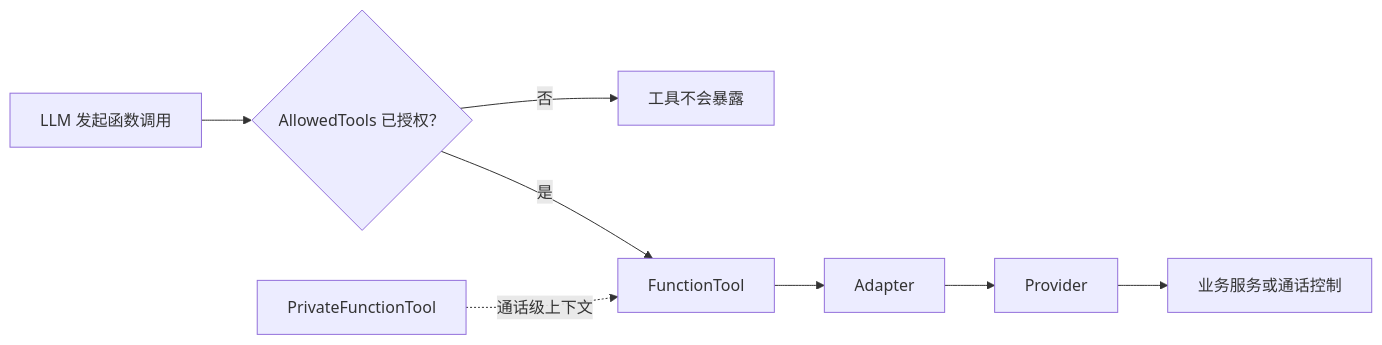
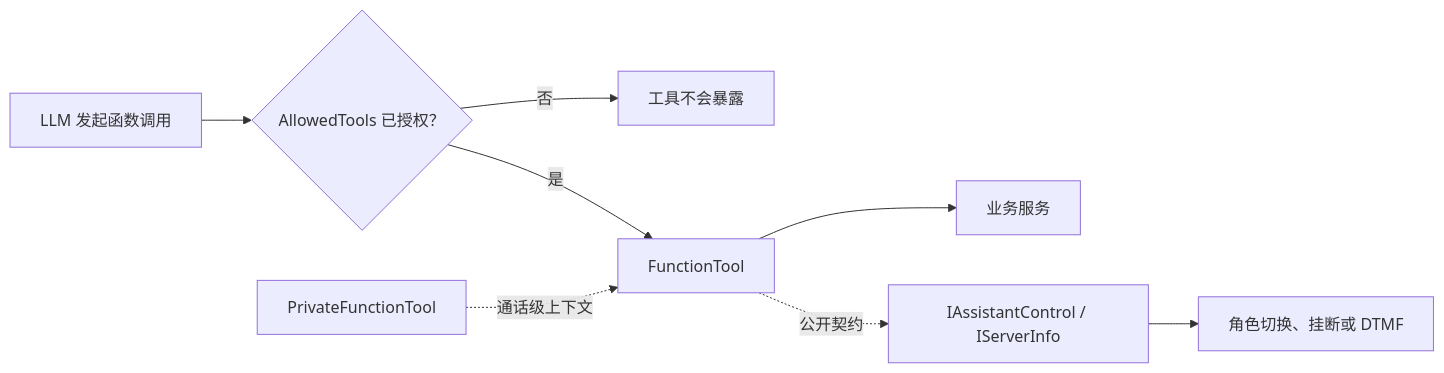
Before and after one commit to mm7h/Agent.Telephone: the first of 2 diagrams in docs/04-FunctionTool与按键交互扩展.md, drawn with Mermaid. The commit also changed other lines of this file and 13 other files, not shown here.

````diff
--- a/docs/04-FunctionTool与按键交互扩展.md
+++ b/docs/04-FunctionTool与按键交互扩展.md
@@ -7,10 +10,10 @@
 ```mermaid
 flowchart LR
     A[LLM 发起函数调用] --> B{AllowedTools 已授权？}
     B -->|否| C[工具不会暴露]
     B -->|是| D[FunctionTool]
-    D --> E[Adapter]
-    E --> F[Provider]
-    F --> G[业务服务或通话控制]
+    D --> E[业务服务]
+    D -.公开契约.-> F[IAssistantControl / IServerInfo]
+    F --> G[角色切换、挂断或 DTMF]
     H[PrivateFunctionTool] -.通话级上下文.-> D
 ```
````
